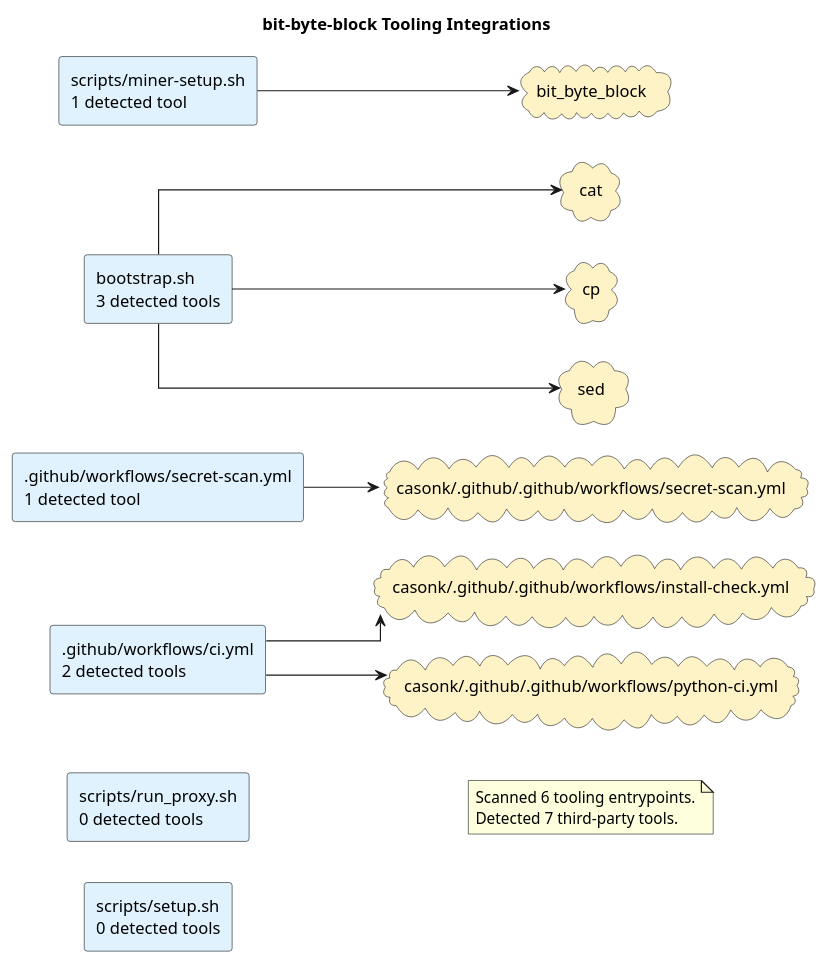
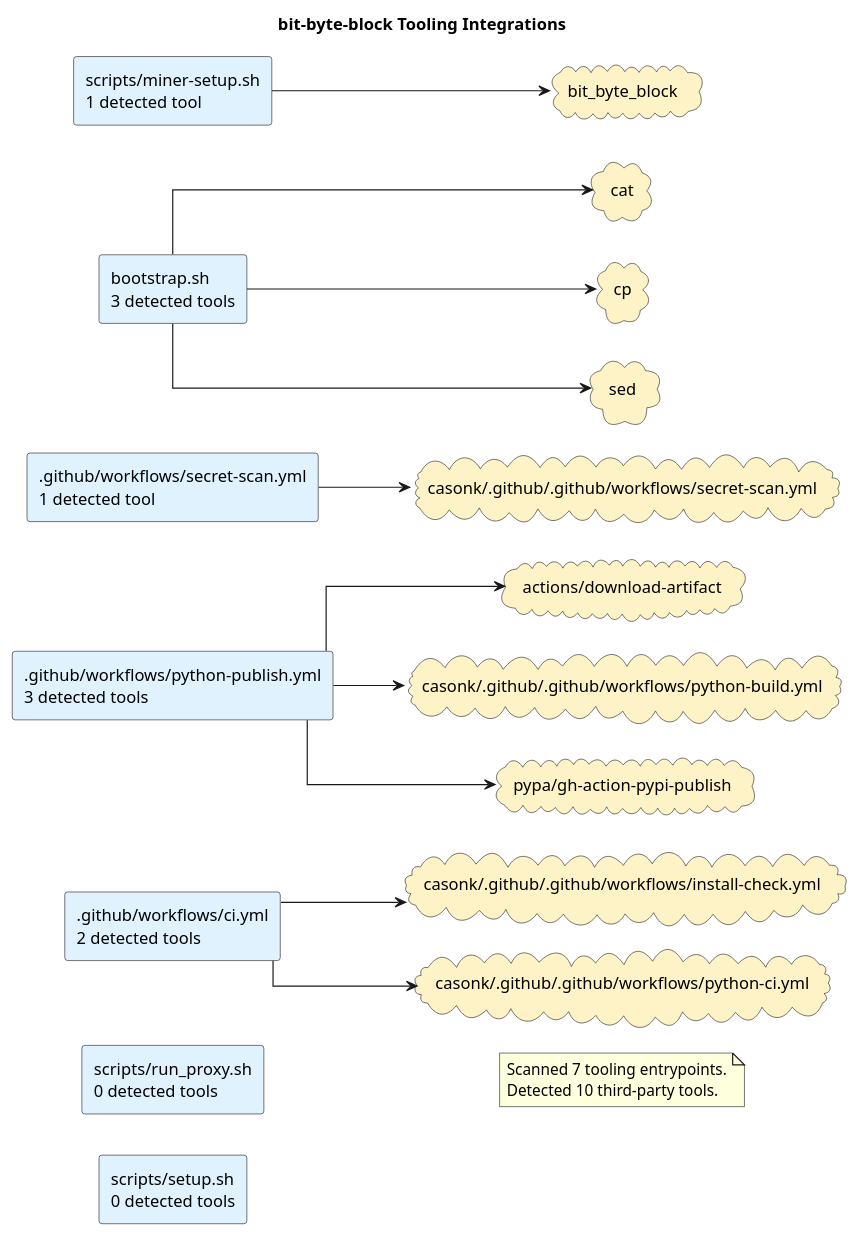
Before and after one commit to casonk/bit-byte-block: the diagram in docs/diagrams/tooling-integrations.puml, drawn with PlantUML. The commit also changed 5 other files, not shown here.

First line of the commit message:
docs: refresh architecture diagrams (#17)

```diff
--- a/docs/diagrams/tooling-integrations.puml
+++ b/docs/diagrams/tooling-integrations.puml
@@ -1,32 +1,39 @@
 @startuml
 title bit-byte-block Tooling Integrations
 left to right direction
 skinparam shadowing false
 skinparam defaultFontName Monospace
 skinparam componentStyle rectangle
 skinparam linetype ortho
 rectangle ".github/workflows/ci.yml\n2 detected tools" as source_github_workflows_ci_yml #E0F2FE
+rectangle ".github/workflows/python-publish.yml\n3 detected tools" as source_github_workflows_python_publish_yml #E0F2FE
 rectangle ".github/workflows/secret-scan.yml\n1 detected tool" as source_github_workflows_secret_scan_yml #E0F2FE
 rectangle "bootstrap.sh\n3 detected tools" as source_bootstrap_sh #E0F2FE
 rectangle "scripts/miner-setup.sh\n1 detected tool" as source_scripts_miner_setup_sh #E0F2FE
 rectangle "scripts/run_proxy.sh\n0 detected tools" as source_scripts_run_proxy_sh #E0F2FE
 rectangle "scripts/setup.sh\n0 detected tools" as source_scripts_setup_sh #E0F2FE
+cloud "actions/download-artifact" as tool_actions_download_artifact #FEF3C7
 cloud "bit_byte_block" as tool_bit_byte_block #FEF3C7
 cloud "casonk/.github/.github/workflows/install-check.yml" as tool_casonk_github_github_workflows_install_check_yml #FEF3C7
+cloud "casonk/.github/.github/workflows/python-build.yml" as tool_casonk_github_github_workflows_python_build_yml #FEF3C7
 cloud "casonk/.github/.github/workflows/python-ci.yml" as tool_casonk_github_github_workflows_python_ci_yml #FEF3C7
 cloud "casonk/.github/.github/workflows/secret-scan.yml" as tool_casonk_github_github_workflows_secret_scan_yml #FEF3C7
 cloud "cat" as tool_cat #FEF3C7
 cloud "cp" as tool_cp #FEF3C7
+cloud "pypa/gh-action-pypi-publish" as tool_pypa_gh_action_pypi_publish #FEF3C7
 cloud "sed" as tool_sed #FEF3C7
 source_github_workflows_ci_yml --> tool_casonk_github_github_workflows_install_check_yml
 source_github_workflows_ci_yml --> tool_casonk_github_github_workflows_python_ci_yml
+source_github_workflows_python_publish_yml --> tool_actions_download_artifact
+source_github_workflows_python_publish_yml --> tool_casonk_github_github_workflows_python_build_yml
+source_github_workflows_python_publish_yml --> tool_pypa_gh_action_pypi_publish
 source_github_workflows_secret_scan_yml --> tool_casonk_github_github_workflows_secret_scan_yml
 source_bootstrap_sh --> tool_cat
 source_bootstrap_sh --> tool_cp
 source_bootstrap_sh --> tool_sed
 source_scripts_miner_setup_sh --> tool_bit_byte_block
 note as toolingGraphSummary
-Scanned 6 tooling entrypoints.
-Detected 7 third-party tools.
+Scanned 7 tooling entrypoints.
+Detected 10 third-party tools.
 end note
 @enduml
```
